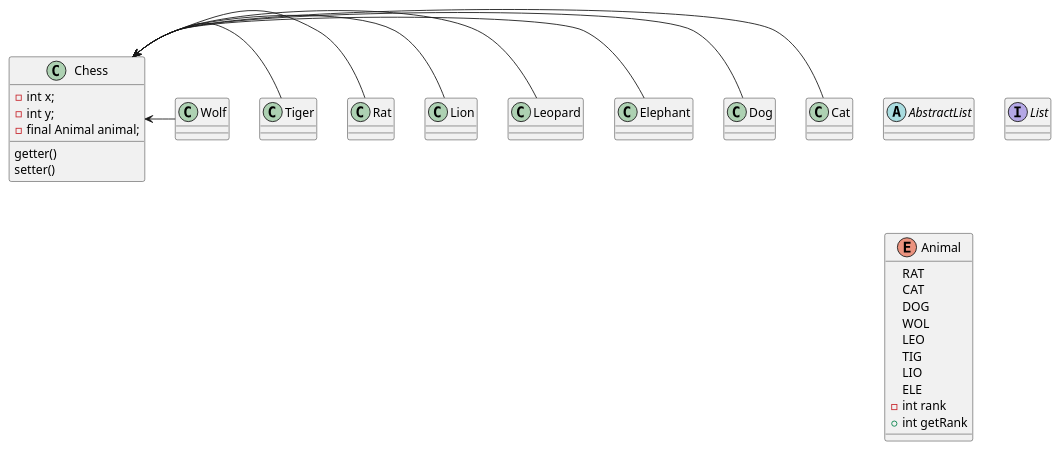
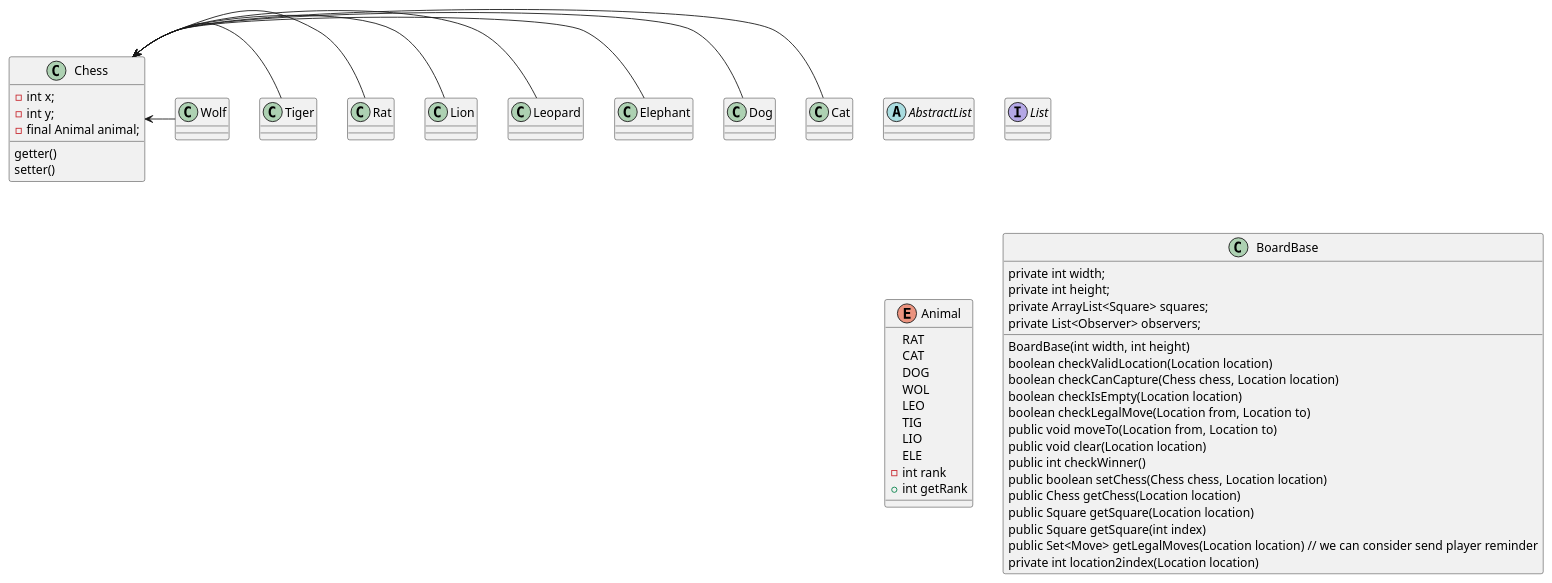
Before and after one commit to Edo-kawa/SE-Project: the diagram in src/main/UML/1.puml, drawn with PlantUML. The commit also changed 43 other files, not shown here.

```diff
--- a/src/main/UML/1.puml
+++ b/src/main/UML/1.puml
@@ -1,54 +1,78 @@
 @startuml
 
 abstract class AbstractList
 interface List
 
 enum Animal{
 RAT
 CAT
 DOG
 WOL
 LEO
 TIG
 LIO
 ELE
 -int rank
 +int getRank
 }
 
 class Chess{
 - int x;
 - int y;
 - final Animal animal;
 
 getter()
 setter()
 }
 
+
+
 class Cat{
 }
 class Dog{
 }
 class Elephant{
 }
 class Leopard{
 }
 class Lion{
 }
 class Rat{
 }
 class Tiger{
 }
 class Wolf{
 }
 
 Chess <- Cat
 Chess <- Dog
 Chess <- Elephant
 Chess <- Leopard
 Chess <- Lion
 Chess <- Rat
 Chess <- Tiger
 Chess <- Wolf
 
+
+class BoardBase{
+private int width;
+private int height;
+private ArrayList<Square> squares;
+private List<Observer> observers;
+
+BoardBase(int width, int height)
+boolean checkValidLocation(Location location)
+boolean checkCanCapture(Chess chess, Location location)
+boolean checkIsEmpty(Location location)
+boolean checkLegalMove(Location from, Location to)
+public void moveTo(Location from, Location to)
+public void clear(Location location)
+public int checkWinner()
+public boolean setChess(Chess chess, Location location)
+public Chess getChess(Location location)
+public Square getSquare(Location location)
+public Square getSquare(int index)
+public Set<Move> getLegalMoves(Location location) // we can consider send player reminder
+private int location2index(Location location)
+}
 @enduml
```
